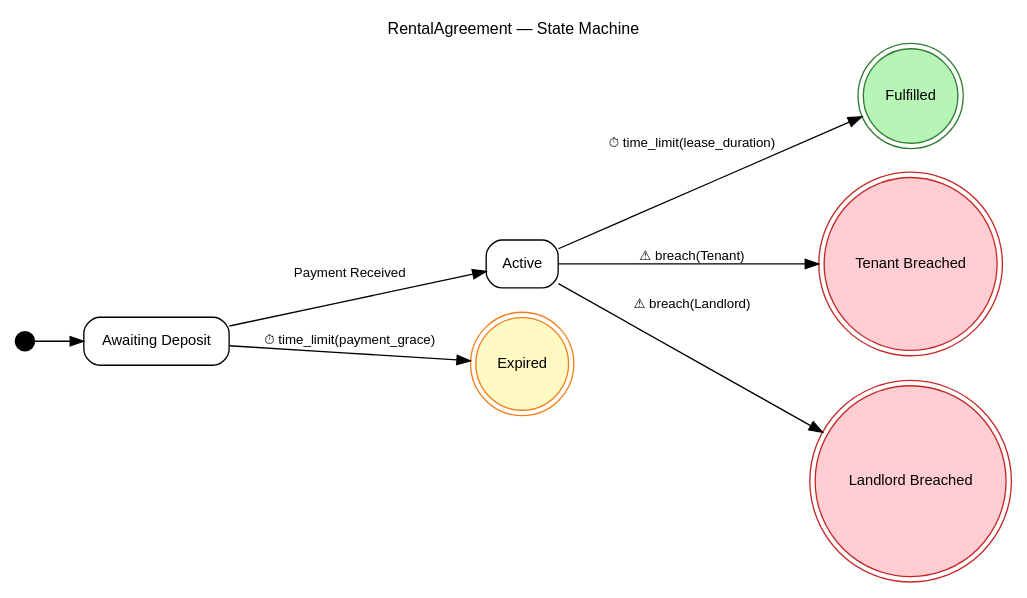
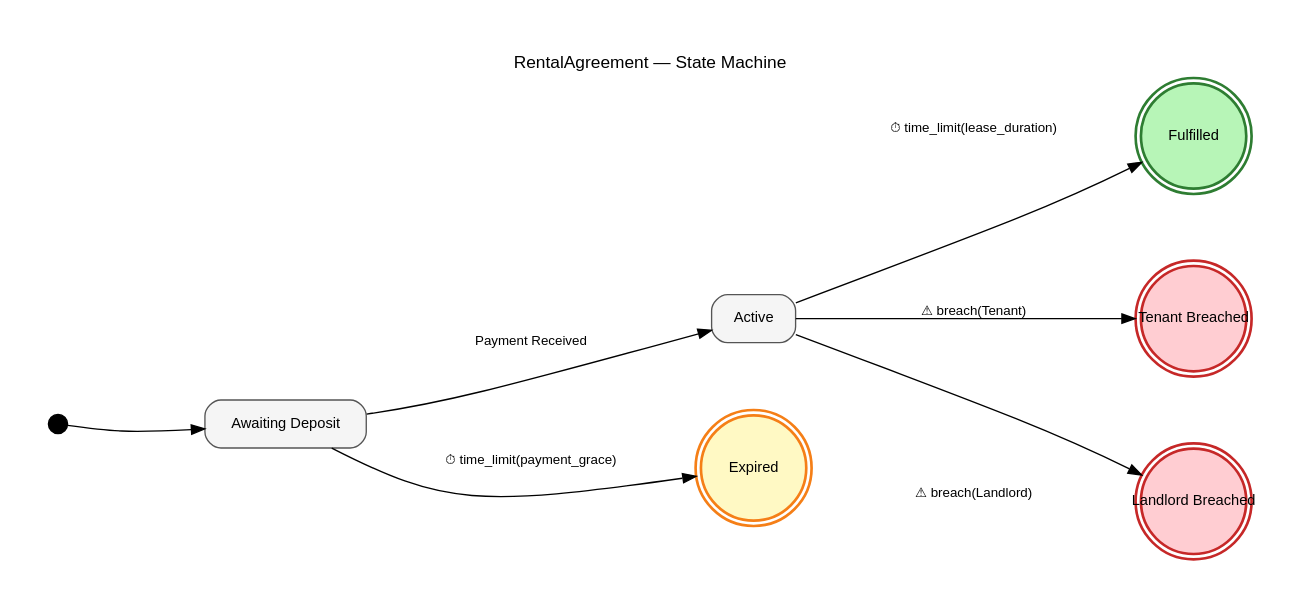
One commit to codeNinja62/LexScript changed the diagram in examples/rental.dot. Above: the diagram before and after it, drawn with Graphviz. The commit also changed 2 other files, not shown here.

Commit message:
Improve FSM diagram layout: curved splines, fixed terminal node size, spacing, filled non-terminal nodes

```diff
--- a/examples/rental.dot
+++ b/examples/rental.dot
@@ -1,25 +1,29 @@
 digraph RentalAgreement {
     rankdir=LR;
-    graph [fontname="Helvetica" fontsize=12 label="RentalAgreement — State Machine" labelloc=t];
-    node  [fontname="Helvetica" fontsize=11];
+    splines=curved;
+    concentrate=true;
+    nodesep=0.7;
+    ranksep=1.4;
+    graph [fontname="Helvetica" fontsize=13 label="RentalAgreement — State Machine" labelloc=t labeljust=c pad=0.4];
+    node  [fontname="Helvetica" fontsize=11 margin="0.2,0.12"];
     edge  [fontname="Helvetica" fontsize=10];
 
     // Entry point
     __start [label="" shape=point width=0.2];
     __start -> AwaitingDeposit;
 
     // States
-    AwaitingDeposit [label="Awaiting Deposit" shape=box style=rounded];
-    Active [label="Active" shape=box style=rounded];
-    Fulfilled [label="Fulfilled" shape=doublecircle style=filled fillcolor="#b7f5b7" color="#2e7d32"];
-    TenantBreached [label="Tenant Breached" shape=doublecircle style=filled fillcolor="#ffcdd2" color="#c62828"];
-    LandlordBreached [label="Landlord Breached" shape=doublecircle style=filled fillcolor="#ffcdd2" color="#c62828"];
-    Expired [label="Expired" shape=doublecircle style=filled fillcolor="#fff9c4" color="#f57f17"];
+    AwaitingDeposit [label="Awaiting Deposit" shape=box style="rounded,filled" fillcolor="#f5f5f5" color="#555555"];
+    Active [label="Active" shape=box style="rounded,filled" fillcolor="#f5f5f5" color="#555555"];
+    Fulfilled [label="Fulfilled" shape=doublecircle style=filled fillcolor="#b7f5b7" color="#2e7d32" penwidth=2 width=1.1 height=1.1 fixedsize=true];
+    TenantBreached [label="Tenant Breached" shape=doublecircle style=filled fillcolor="#ffcdd2" color="#c62828" penwidth=2 width=1.1 height=1.1 fixedsize=true];
+    LandlordBreached [label="Landlord Breached" shape=doublecircle style=filled fillcolor="#ffcdd2" color="#c62828" penwidth=2 width=1.1 height=1.1 fixedsize=true];
+    Expired [label="Expired" shape=doublecircle style=filled fillcolor="#fff9c4" color="#f57f17" penwidth=2 width=1.1 height=1.1 fixedsize=true];
 
     // Transitions
     AwaitingDeposit -> Active [label="Payment Received"];
     AwaitingDeposit -> Expired [label="⏱ time_limit(payment_grace)"];
     Active -> TenantBreached [label="⚠ breach(Tenant)"];
     Active -> LandlordBreached [label="⚠ breach(Landlord)"];
     Active -> Fulfilled [label="⏱ time_limit(lease_duration)"];
 }
```
